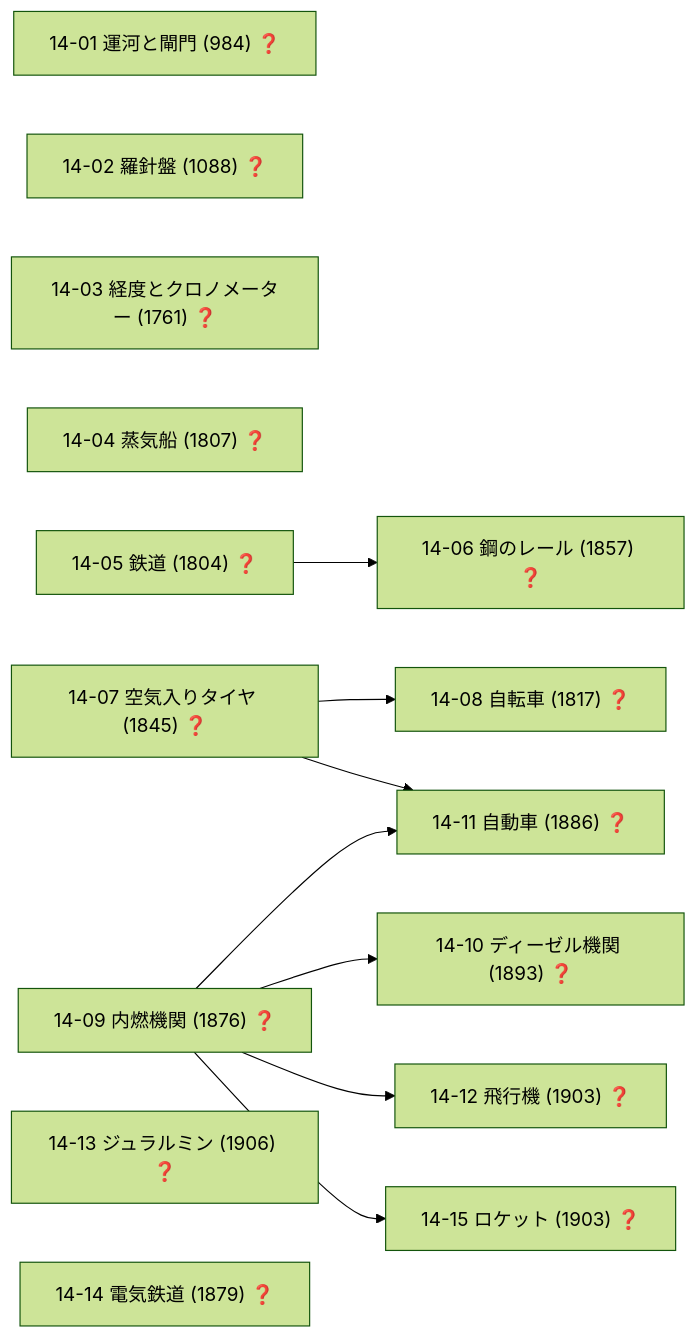
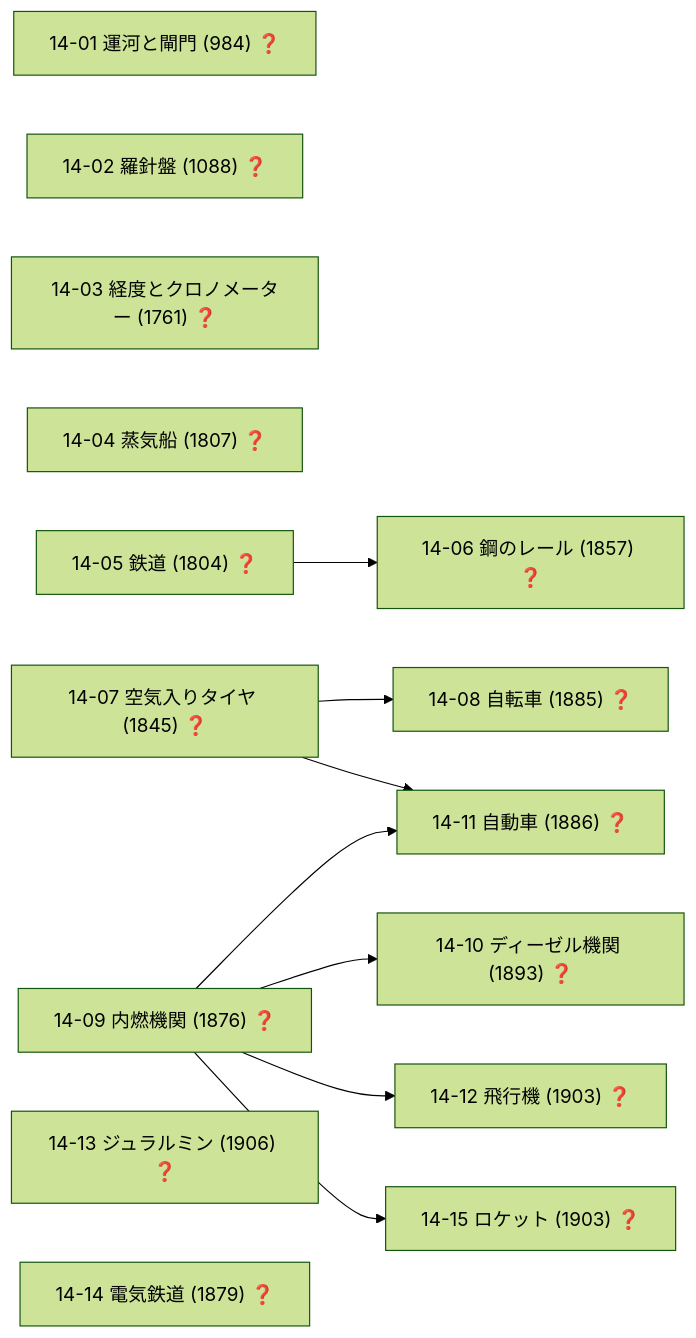
Diagram 17 of 19 in docs/TECH_TREE_VIEW.md (taku3i0317-collab/semiconductor-lab), drawn with Mermaid (forest theme) before and after one commit. The commit also changed other lines of this file and 7 other files, not shown here.

````diff
--- a/docs/TECH_TREE_VIEW.md
+++ b/docs/TECH_TREE_VIEW.md
@@ -749,25 +751,25 @@
 ```mermaid
 graph LR
   n14_01["14-01 運河と閘門 (984) ❓"]
   n14_02["14-02 羅針盤 (1088) ❓"]
   n14_03["14-03 経度とクロノメーター (1761) ❓"]
   n14_04["14-04 蒸気船 (1807) ❓"]
   n14_05["14-05 鉄道 (1804) ❓"]
   n14_06["14-06 鋼のレール (1857) ❓"]
   n14_07["14-07 空気入りタイヤ (1845) ❓"]
-  n14_08["14-08 自転車 (1817) ❓"]
+  n14_08["14-08 自転車 (1885) ❓"]
   n14_09["14-09 内燃機関 (1876) ❓"]
   n14_10["14-10 ディーゼル機関 (1893) ❓"]
   n14_11["14-11 自動車 (1886) ❓"]
   n14_12["14-12 飛行機 (1903) ❓"]
   n14_13["14-13 ジュラルミン (1906) ❓"]
   n14_14["14-14 電気鉄道 (1879) ❓"]
   n14_15["14-15 ロケット (1903) ❓"]
   n14_05-->n14_06
   n14_07-->n14_08
   n14_09-->n14_10
   n14_07-->n14_11
   n14_09-->n14_11
   n14_09-->n14_12
   n14_09-->n14_15
 ```
````
